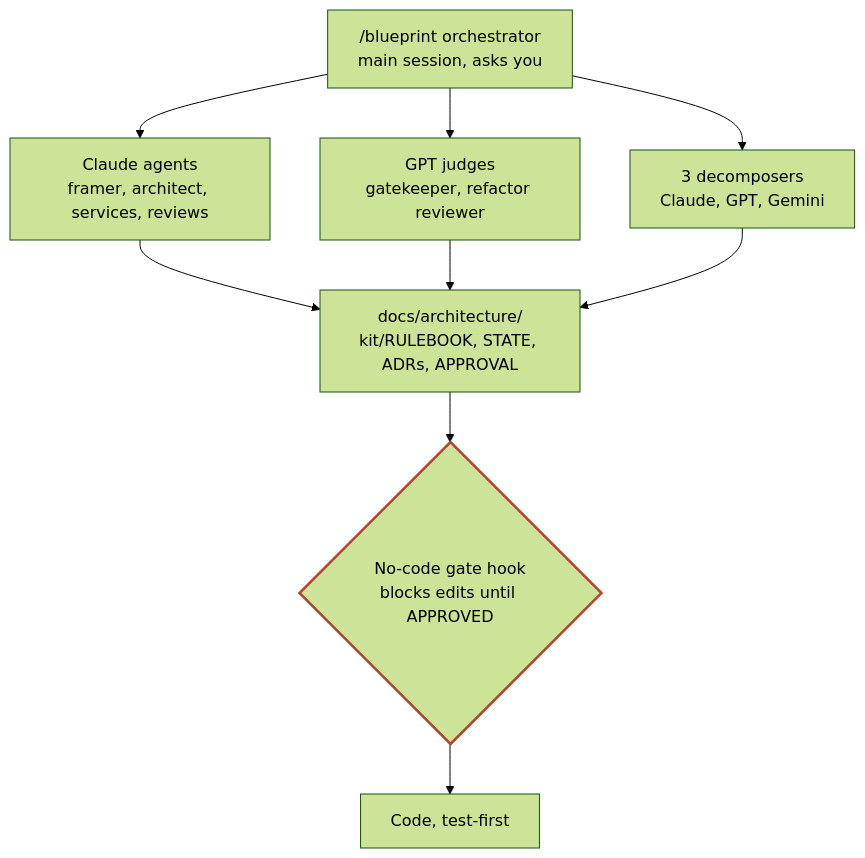
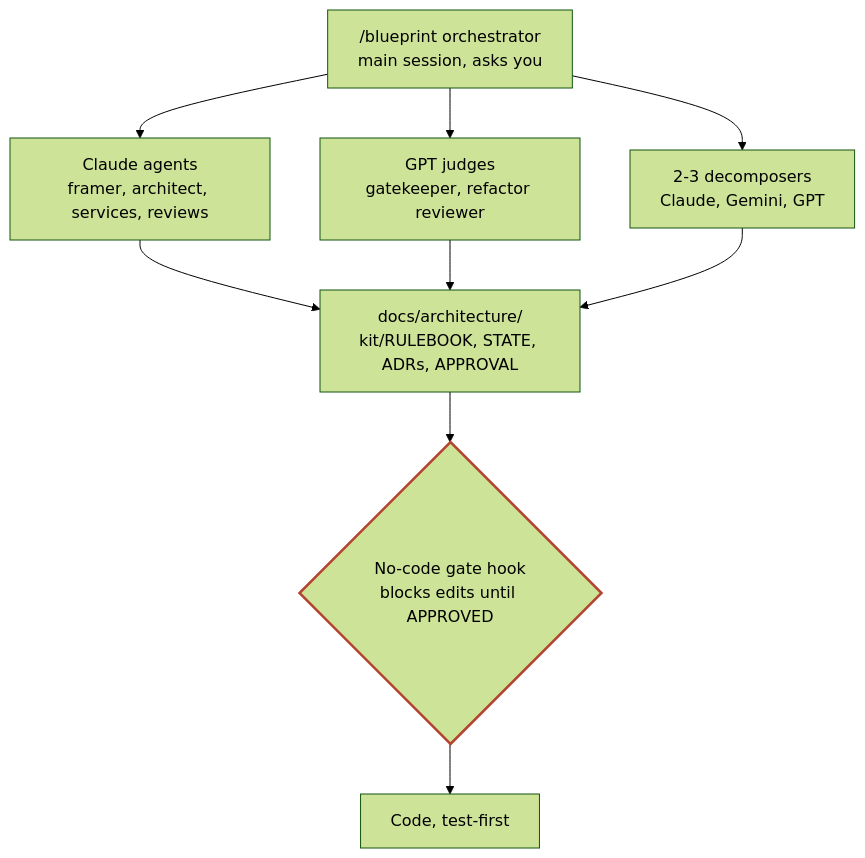
Before and after one commit to nohemi20231/blueprint: the diagram in copilot/README.md, drawn with Mermaid (forest theme). The commit also changed 6 other files, not shown here.

````diff
--- a/copilot/README.md
+++ b/copilot/README.md
@@ -5,13 +5,13 @@
 ```mermaid
 flowchart TB
   O["/blueprint orchestrator<br/>main session, asks you"] --> C["Claude agents<br/>framer, architect, services, reviews"]
   O --> J["GPT judges<br/>gatekeeper, refactor reviewer"]
-  O --> D["3 decomposers<br/>Claude, GPT, Gemini"]
+  O --> D["2-3 decomposers<br/>Claude, Gemini, GPT"]
   C --> F["docs/architecture/<br/>kit/RULEBOOK, STATE, ADRs, APPROVAL"]
   J --> F
   D --> F
   F --> G{"No-code gate hook<br/>blocks edits until APPROVED"}
   G --> K["Code, test-first"]
   classDef gate stroke:#b4442f,stroke-width:2.5px
   class G gate
 ```
````
